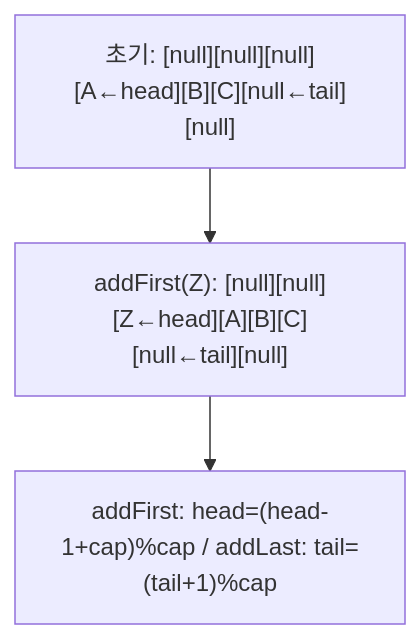
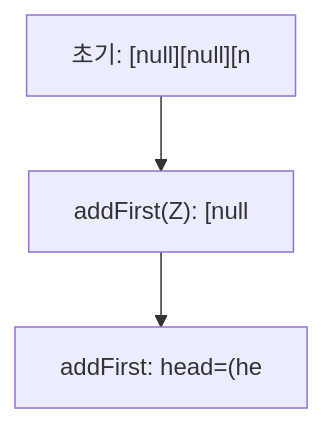
Before and after one commit to yjkim2015/yjkim2015.github.io: diagram 18 of 21 in _posts/java/2026-05-01-java-collections.md, drawn with Mermaid. The commit also changed other lines of this file and 271 other files, not shown here.

First line of the commit message:
Mermaid 라벨 축소: 긴 노드 텍스트 18자 이하로 트림 + \n 제거

````diff
--- a/_posts/java/2026-05-01-java-collections.md
+++ b/_posts/java/2026-05-01-java-collections.md
@@ -768,7 +768,7 @@
 ```mermaid
 graph TD
-    INIT["초기: [null][null][null][A←head][B][C][null←tail][null]"]
-    AFTER["addFirst(Z): [null][null][Z←head][A][B][C][null←tail][null]"]
-    RULE["addFirst: head=(head-1+cap)%cap / addLast: tail=(tail+1)%cap"]
+    INIT["초기: [null][null][n"]
+    AFTER["addFirst(Z): [null"]
+    RULE["addFirst: head=(he"]
     INIT --> AFTER --> RULE
 ```
````
